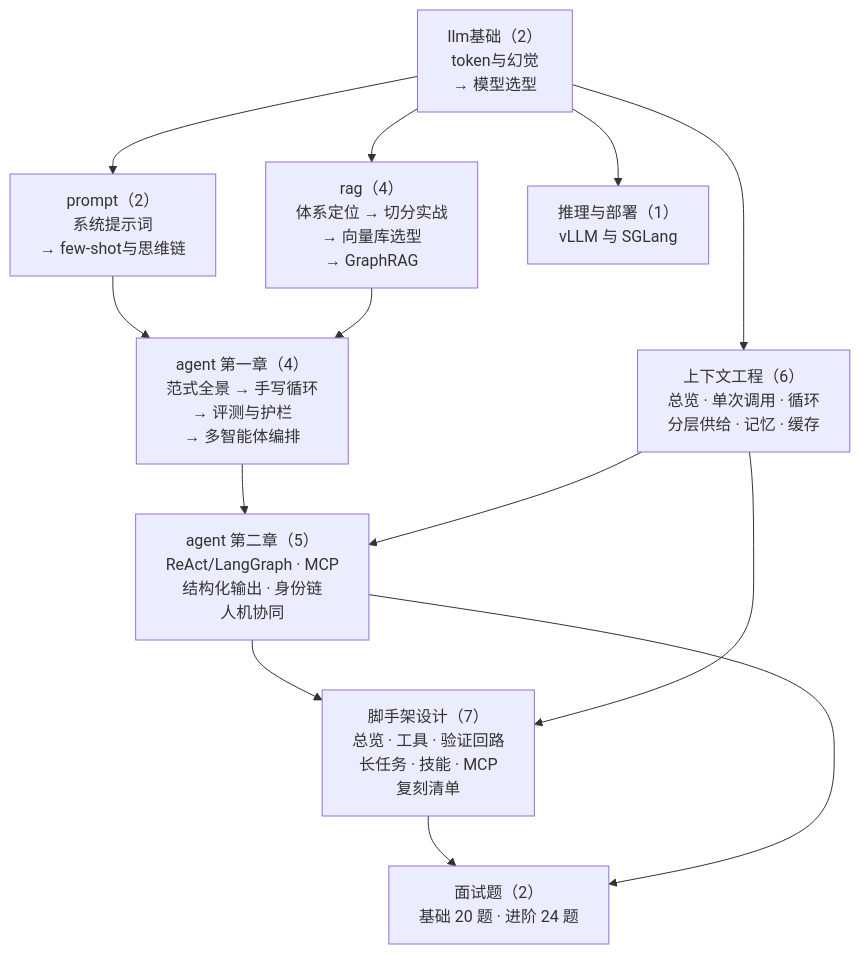
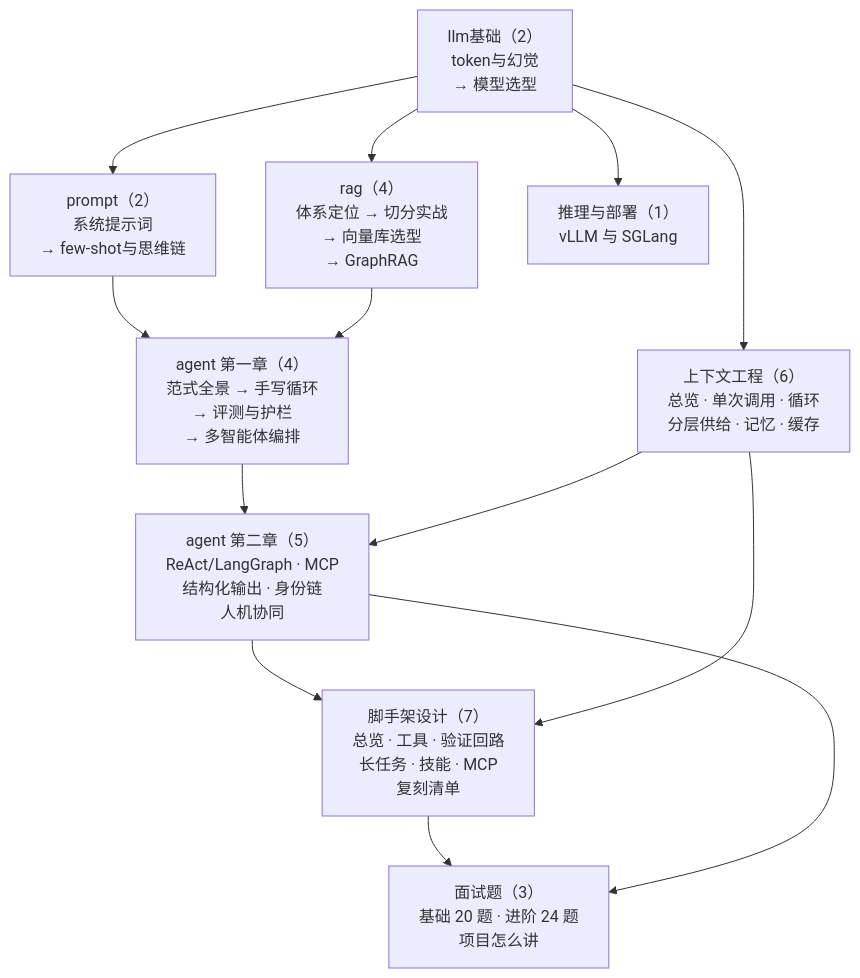
The diagram in B-AI工程/README.md (Mein-Augenstern/MUYI), drawn with Mermaid before and after one commit. The commit also changed other lines of this file and 5 other files, not shown here.

````diff
--- a/B-AI工程/README.md
+++ b/B-AI工程/README.md
@@ -9,24 +9,24 @@
 ```mermaid
 flowchart TD
     L["llm基础（2）<br/>token与幻觉<br/>→ 模型选型"]
     P["prompt（2）<br/>系统提示词<br/>→ few-shot与思维链"]
     R["rag（4）<br/>体系定位 → 切分实战<br/>→ 向量库选型<br/>→ GraphRAG"]
     C["上下文工程（6）<br/>总览 · 单次调用 · 循环<br/>分层供给 · 记忆 · 缓存"]
     A1["agent 第一章（4）<br/>范式全景 → 手写循环<br/>→ 评测与护栏<br/>→ 多智能体编排"]
     A2["agent 第二章（5）<br/>ReAct/LangGraph · MCP<br/>结构化输出 · 身份链<br/>人机协同"]
     H["脚手架设计（7）<br/>总览 · 工具 · 验证回路<br/>长任务 · 技能 · MCP<br/>复刻清单"]
     INF["推理与部署（1）<br/>vLLM 与 SGLang"]
-    IT["面试题（2）<br/>基础 20 题 · 进阶 24 题"]
+    IT["面试题（3）<br/>基础 20 题 · 进阶 24 题<br/>项目怎么讲"]
     L --> P
     L --> R
     P --> A1
     R --> A1
     L --> C
     A1 --> A2
     C --> A2
     A2 --> H
     C --> H
     H --> IT
     A2 --> IT
     L --> INF
 ```
````
